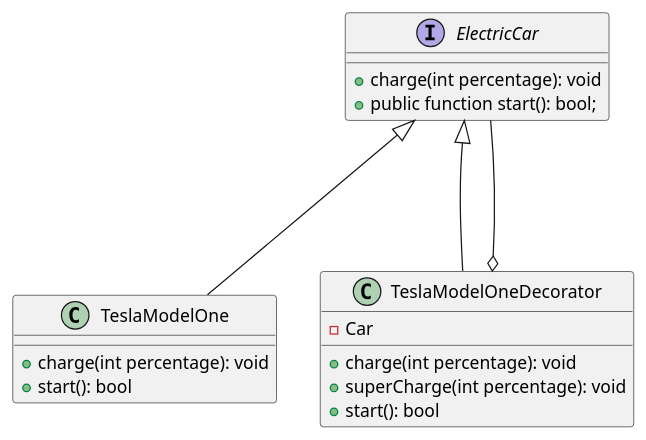
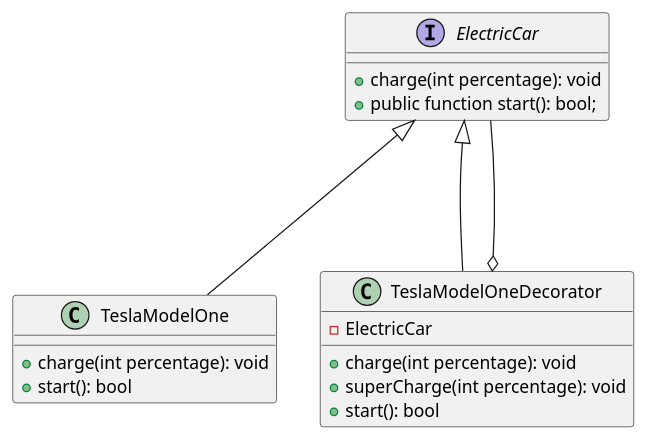
The diagram in assets/diagrams/decorator_pattern.puml (Programerat/programerat.github.io), drawn with PlantUML before and after one commit. The commit also changed 1 other file, not shown here.

```diff
--- a/assets/diagrams/decorator_pattern.puml
+++ b/assets/diagrams/decorator_pattern.puml
@@ -1,29 +1,29 @@
 @startuml
 
 interface ElectricCar {
 	
 	+ charge(int percentage): void
 	+ public function start(): bool;
 }
 
 class TeslaModelOne {
 
 	+ charge(int percentage): void
 	+ start(): bool
 }
 
 class TeslaModelOneDecorator {
-	- Car
+	- ElectricCar
 
 	+ charge(int percentage): void
 	+ superCharge(int percentage): void
 	+ start(): bool
 }
 
 TeslaModelOneDecorator o--- ElectricCar
 ElectricCar <|--- TeslaModelOne
 ElectricCar <|--- TeslaModelOneDecorator
 
 
 
 @enduml
```
